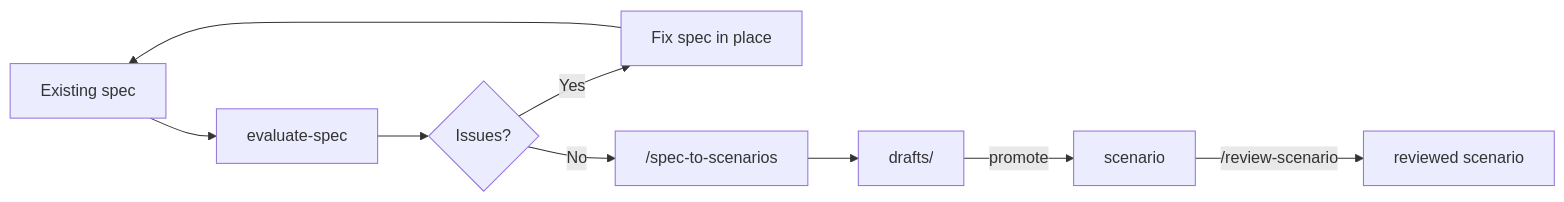
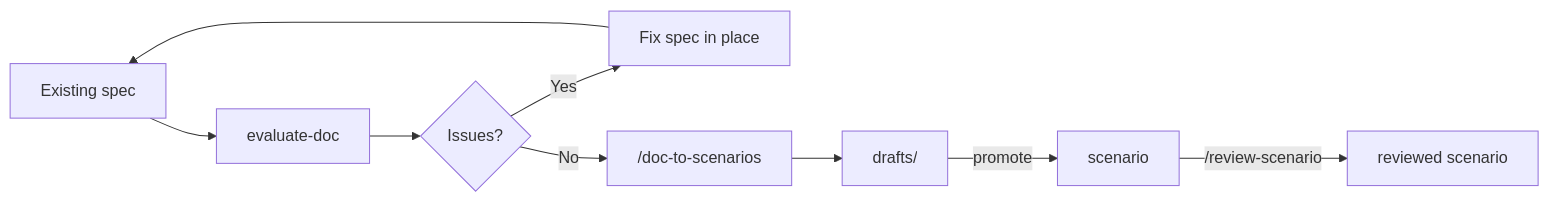
One commit to mattbobambrose/playwright-scenarios changed the third of 5 diagrams in website/playwright-scenarios/docs/workflow.md. Above: the diagram before and after it, drawn with Mermaid. The commit also changed other lines of this file and 15 other files, not shown here.

````diff
--- a/website/playwright-scenarios/docs/workflow.md
+++ b/website/playwright-scenarios/docs/workflow.md
@@ -59,11 +59,11 @@
 ``` mermaid
 graph LR
-    A[Existing spec] --> B["evaluate-spec"]
+    A[Existing spec] --> B["evaluate-doc"]
     B --> C{Issues?}
     C -->|Yes| D[Fix spec in place]
     D --> A
-    C -->|No| E["/spec-to-scenarios"]
+    C -->|No| E["/doc-to-scenarios"]
     E --> F["drafts/"]
     F -->|promote| G[scenario]
     G -->|"/review-scenario"| H[reviewed scenario]
 ```
````
